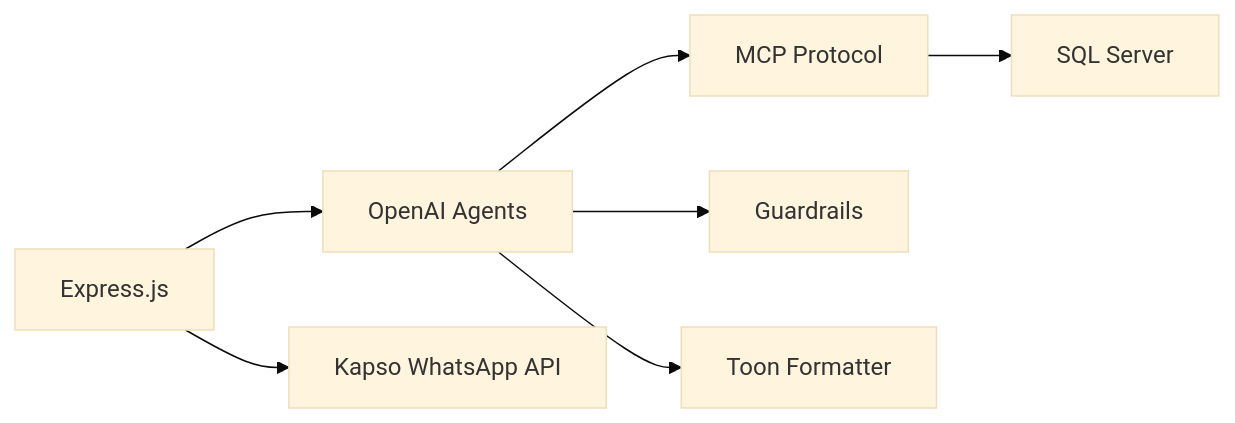
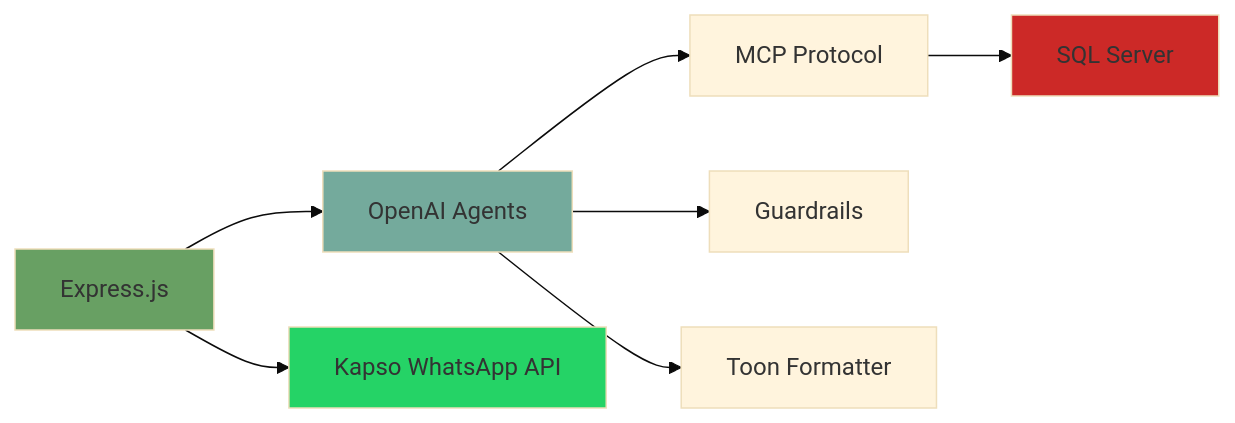
One commit to alepinobra/documentacion-elalto changed the first of 3 diagrams in docs/backend/whatsapp/arquitectura.md. Above: the diagram before and after it, drawn with Mermaid (base theme). The commit also changed other lines of this file and 5 other files, not shown here.

````diff
--- a/docs/backend/whatsapp/arquitectura.md
+++ b/docs/backend/whatsapp/arquitectura.md
@@ -9,9 +57,14 @@
-```mermaid
-graph LR
-    A[Express.js] --> B[OpenAI Agents]
-    B --> C[MCP Protocol]
-    C --> D[SQL Server]
-    A --> E[Kapso WhatsApp API]
-    B --> F[Guardrails]
-    B --> G[Toon Formatter]
-```
+    ```mermaid
+    graph LR
+        A[Express.js] --> B[OpenAI Agents]
+        B --> C[MCP Protocol]
+        C --> D[SQL Server]
+        A --> E[Kapso WhatsApp API]
+        B --> F[Guardrails]
+        B --> G[Toon Formatter]
+        
+        style A fill:#68A063
+        style B fill:#74AA9C
+        style D fill:#CC2927
+        style E fill:#25D366
+    ```
````
